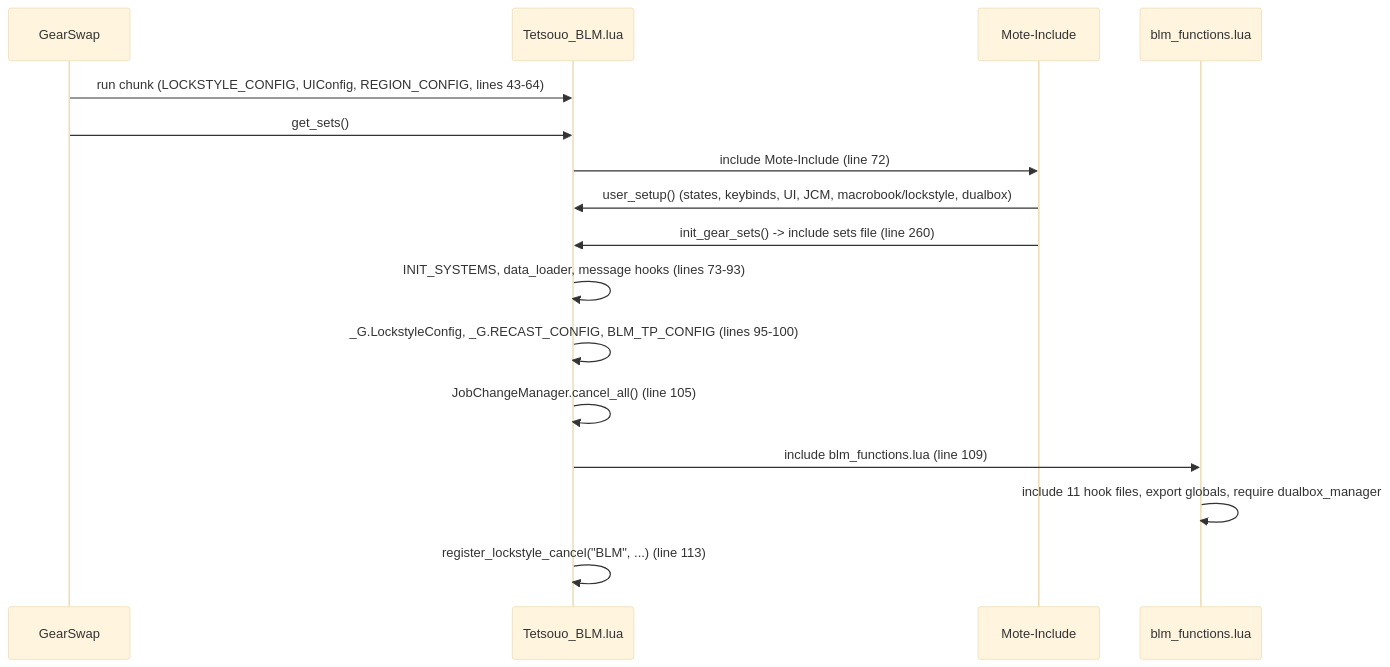
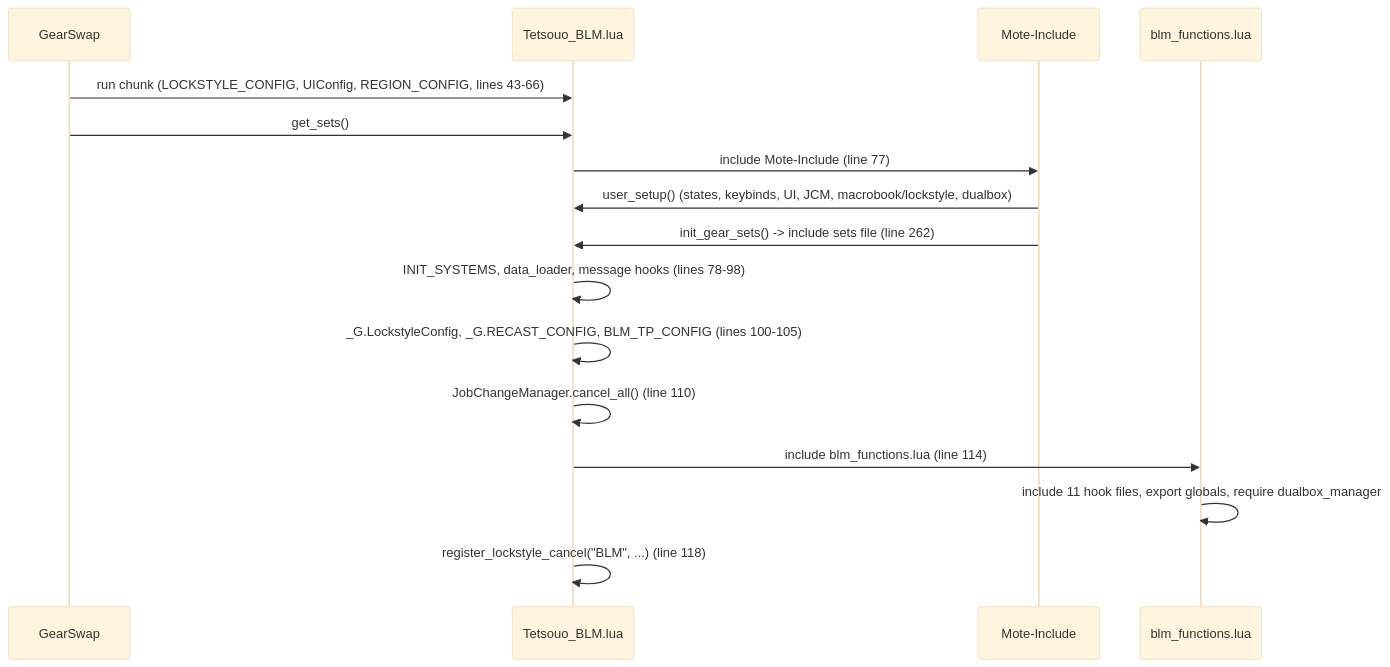
Before and after one commit to ejouanchicot/Gearswap: the first of 4 diagrams in docs/dev/jobs/blm.md, drawn with Mermaid (base theme). The commit also changed other lines of this file and 81 other files, not shown here.

````diff
--- a/docs/dev/jobs/blm.md
+++ b/docs/dev/jobs/blm.md
@@ -86,18 +91,18 @@
 ```mermaid
 sequenceDiagram
     participant GS as GearSwap
     participant E as Tetsouo_BLM.lua
     participant M as Mote-Include
     participant F as blm_functions.lua
-    GS->>E: run chunk (LOCKSTYLE_CONFIG, UIConfig, REGION_CONFIG, lines 43-64)
+    GS->>E: run chunk (LOCKSTYLE_CONFIG, UIConfig, REGION_CONFIG, lines 43-66)
     GS->>E: get_sets()
-    E->>M: include Mote-Include (line 72)
+    E->>M: include Mote-Include (line 77)
     M->>E: user_setup() (states, keybinds, UI, JCM, macrobook/lockstyle, dualbox)
-    M->>E: init_gear_sets() -> include sets file (line 260)
-    E->>E: INIT_SYSTEMS, data_loader, message hooks (lines 73-93)
-    E->>E: _G.LockstyleConfig, _G.RECAST_CONFIG, BLM_TP_CONFIG (lines 95-100)
-    E->>E: JobChangeManager.cancel_all() (line 105)
-    E->>F: include blm_functions.lua (line 109)
+    M->>E: init_gear_sets() -> include sets file (line 262)
+    E->>E: INIT_SYSTEMS, data_loader, message hooks (lines 78-98)
+    E->>E: _G.LockstyleConfig, _G.RECAST_CONFIG, BLM_TP_CONFIG (lines 100-105)
+    E->>E: JobChangeManager.cancel_all() (line 110)
+    E->>F: include blm_functions.lua (line 114)
     F->>F: include 11 hook files, export globals, require dualbox_manager
-    E->>E: register_lockstyle_cancel("BLM", ...) (line 113)
+    E->>E: register_lockstyle_cancel("BLM", ...) (line 118)
 ```
````
